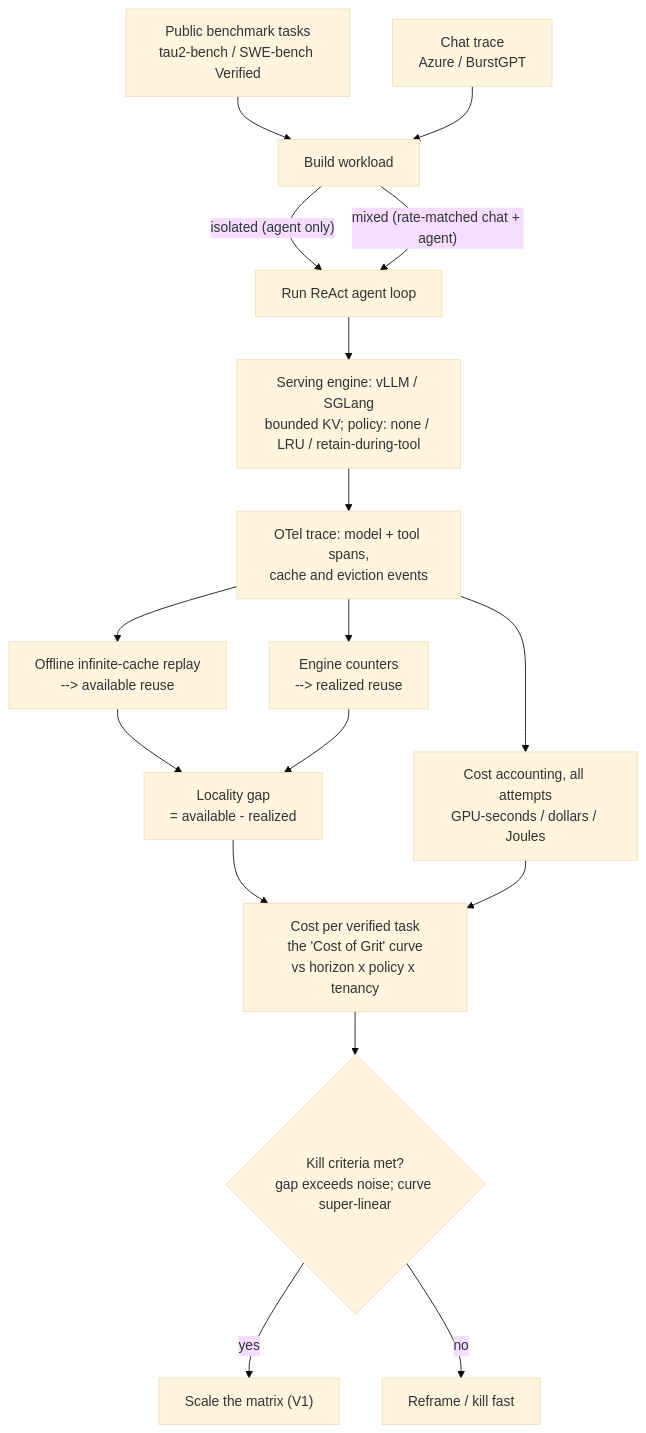
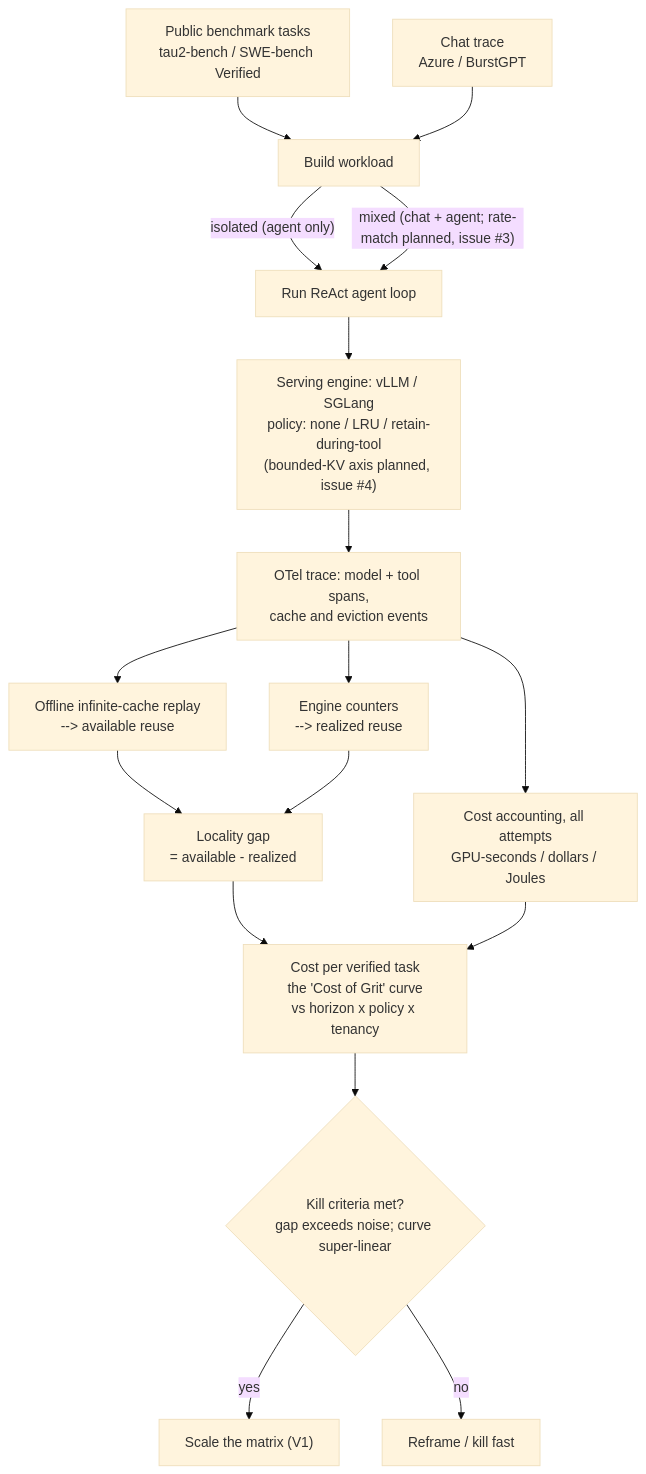
The diagram in README.md (ms-d-kim/agentic-inference-paper), drawn with Mermaid (base theme) before and after one commit. The commit also changed other lines of this file, not shown here.

````diff
--- a/README.md
+++ b/README.md
@@ -80,19 +141,19 @@
 ```mermaid
 flowchart TD
   A["Public benchmark tasks<br/>tau2-bench / SWE-bench Verified"] --> C["Build workload"]
   B["Chat trace<br/>Azure / BurstGPT"] --> C
   C -->|"isolated (agent only)"| D["Run ReAct agent loop"]
-  C -->|"mixed (rate-matched chat + agent)"| D
-  D --> E["Serving engine: vLLM / SGLang<br/>bounded KV; policy: none / LRU / retain-during-tool"]
+  C -->|"mixed (chat + agent; rate-match planned, issue #3)"| D
+  D --> E["Serving engine: vLLM / SGLang<br/>policy: none / LRU / retain-during-tool<br/>(bounded-KV axis planned, issue #4)"]
   E --> F["OTel trace: model + tool spans,<br/>cache and eviction events"]
   F --> G["Offline infinite-cache replay<br/>--> available reuse"]
   F --> H["Engine counters<br/>--> realized reuse"]
   G --> I["Locality gap<br/>= available - realized"]
   H --> I
   F --> J["Cost accounting, all attempts<br/>GPU-seconds / dollars / Joules"]
   I --> K["Cost per verified task<br/>the 'Cost of Grit' curve<br/>vs horizon x policy x tenancy"]
   J --> K
   K --> L{"Kill criteria met?<br/>gap exceeds noise; curve super-linear"}
   L -->|"yes"| M["Scale the matrix (V1)"]
   L -->|"no"| N["Reframe / kill fast"]
 ```
````
